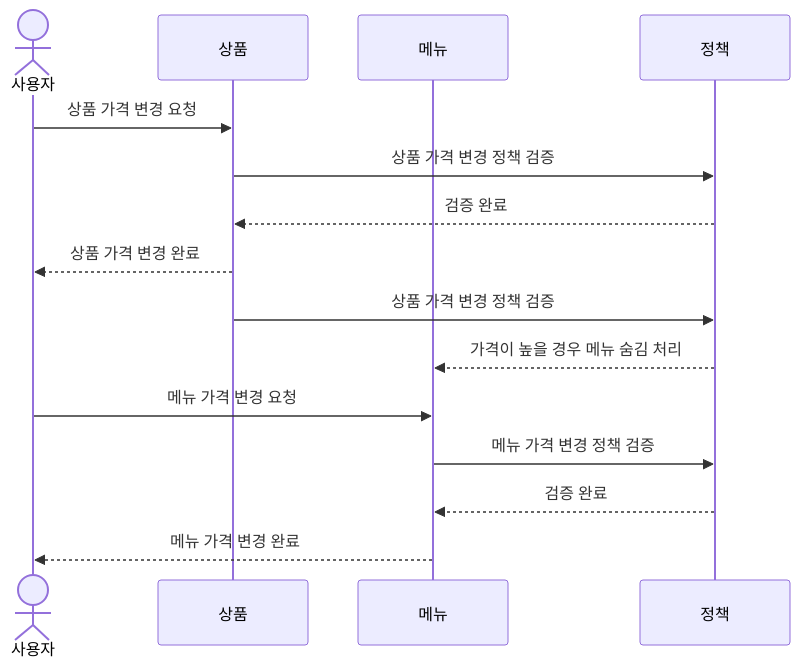
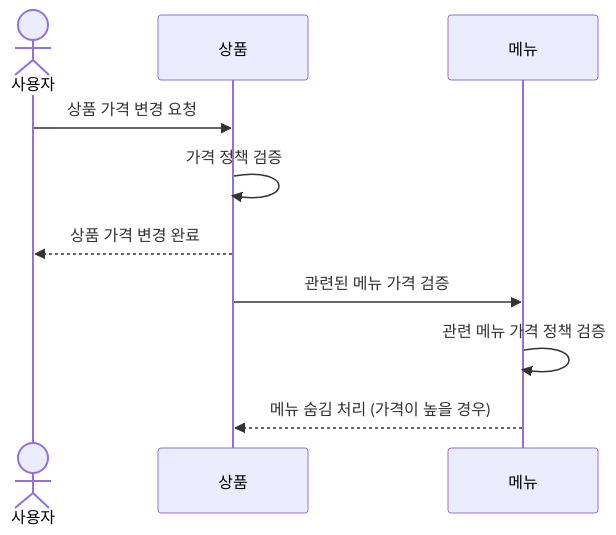
One commit to dkswnkk/ddd-strategic-design changed the fourth of 22 diagrams in README.md. Above: the diagram before and after it, drawn with Mermaid. The commit also changed other lines of this file, not shown here.

````diff
--- a/README.md
+++ b/README.md
@@ -224,17 +253,12 @@
 ```mermaid
 sequenceDiagram
     actor User as 사용자
     participant Product as 상품
     participant Menu as 메뉴
-    participant Policy as 정책
     User ->> Product: 상품 가격 변경 요청
-    Product ->> Policy: 상품 가격 변경 정책 검증
-    Policy -->> Product: 검증 완료
+    Product ->> Product: 가격 정책 검증
     Product -->> User: 상품 가격 변경 완료
-    Product ->> Policy: 상품 가격 변경 정책 검증
-    Policy -->> Menu: 가격이 높을 경우 메뉴 숨김 처리
-    User ->> Menu: 메뉴 가격 변경 요청
-    Menu ->> Policy: 메뉴 가격 변경 정책 검증
-    Policy -->> Menu: 검증 완료
-    Menu -->> User: 메뉴 가격 변경 완료
+    Product ->> Menu: 관련된 메뉴 가격 검증
+    Menu ->> Menu: 관련 메뉴 가격 정책 검증
+    Menu -->> Product: 메뉴 숨김 처리 (가격이 높을 경우)
 ```
````
